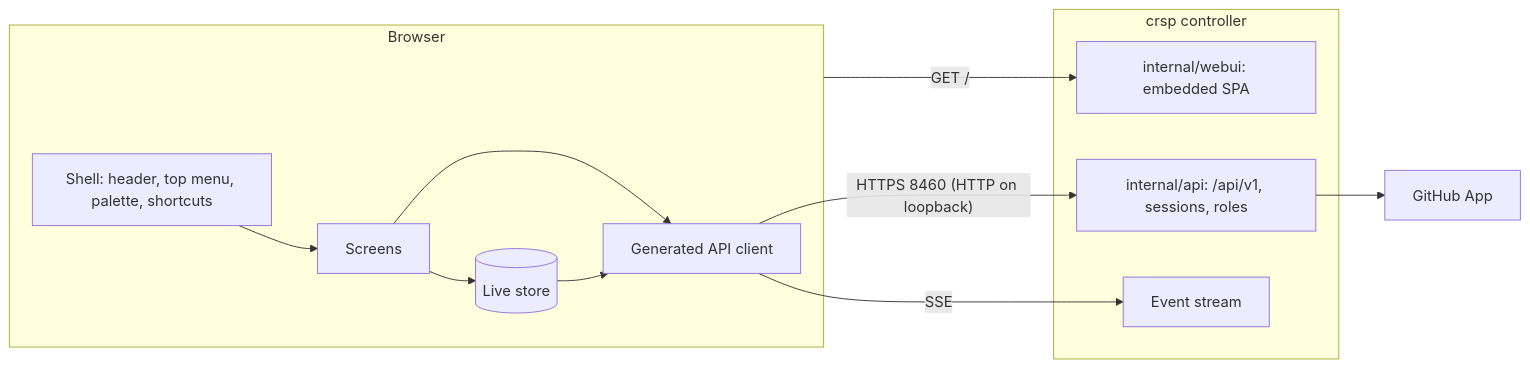
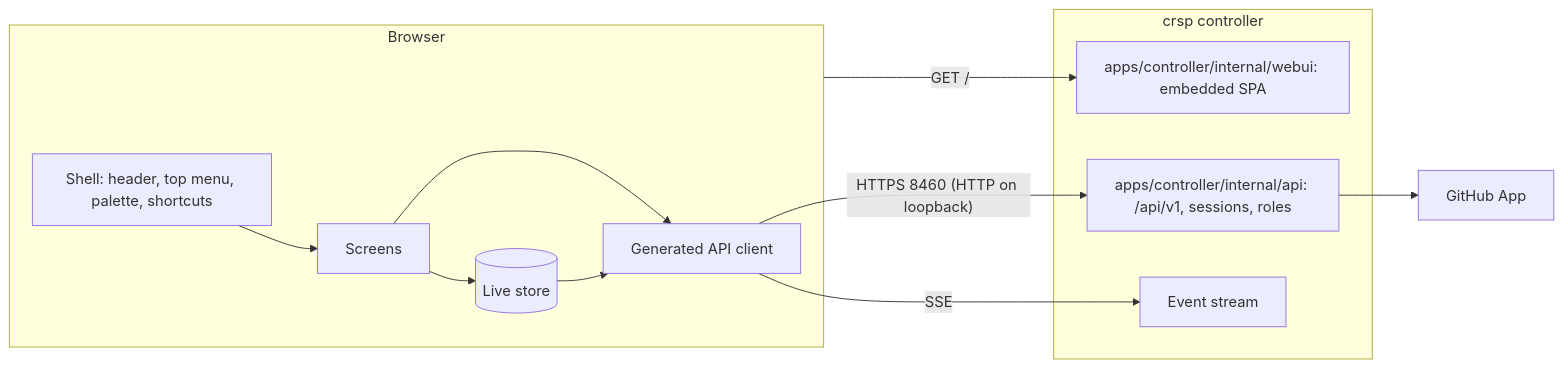
One commit to luis-mc/ci-runners-shared-pool changed the second of 2 diagrams in docs/features/web-console/spec.md. Above: the diagram before and after it, drawn with Mermaid. The commit also changed other lines of this file and 3388 other files, not shown here.

First line of the commit message:
CRSP306: move the Go server to apps/controller and the console to apps/controller-console (#484)

````diff
--- a/docs/features/web-console/spec.md
+++ b/docs/features/web-console/spec.md
@@ -553,21 +553,21 @@
 ```mermaid
 flowchart LR
   subgraph Browser
     shell[Shell: header, top menu, palette, shortcuts]
     screens[Screens]
     store[(Live store)]
     client[Generated API client]
     shell --> screens --> store
     screens --> client
     store --> client
   end
   subgraph Controller[crsp controller]
-    webui[internal/webui: embedded SPA]
-    api[internal/api: /api/v1, sessions, roles]
+    webui[apps/controller/internal/webui: embedded SPA]
+    api[apps/controller/internal/api: /api/v1, sessions, roles]
     events[Event stream]
   end
   client -- "HTTPS 8460 (HTTP on loopback)" --> api
   client -- SSE --> events
   Browser -- GET / --> webui
   api --> gh[GitHub App]
 ```
````
